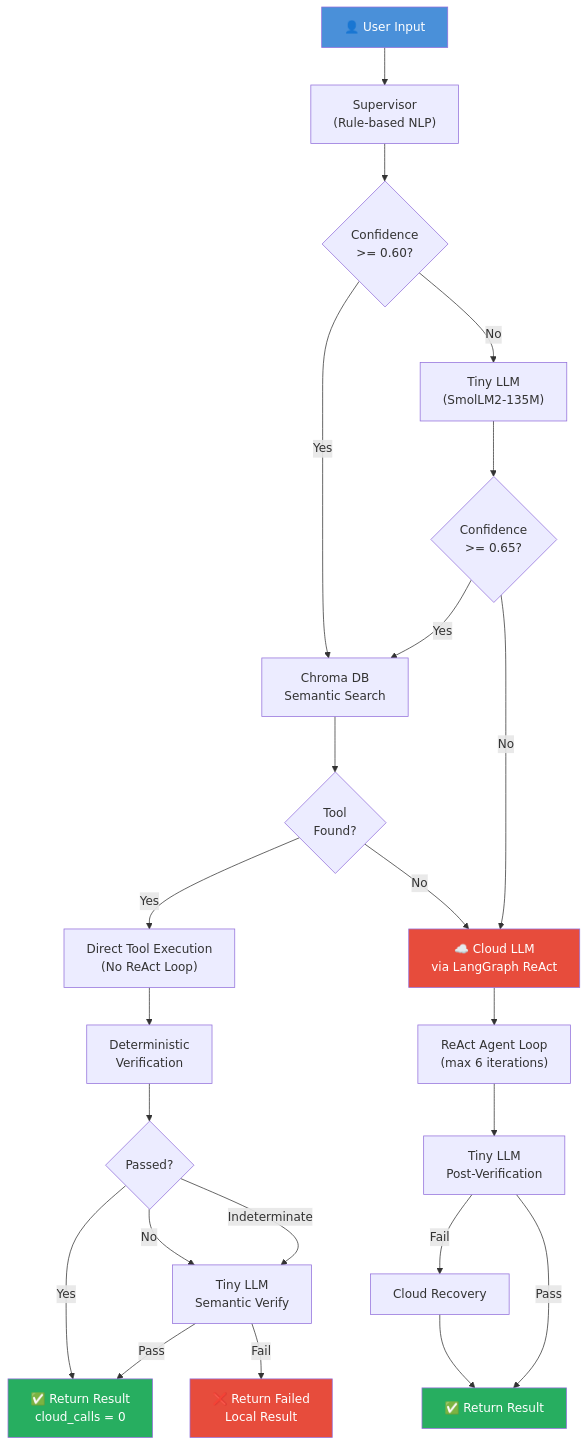
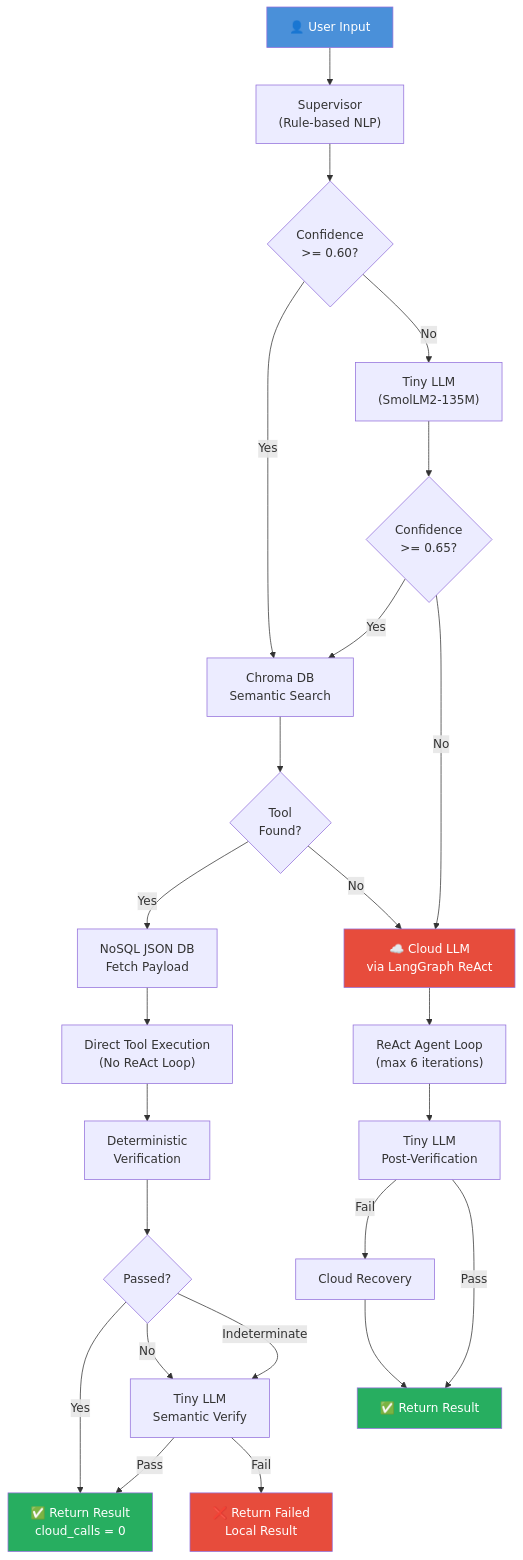
The diagram in Ecogent_Works_Doc/README.md (samratpro/Ecogent), drawn with Mermaid before and after one commit. The commit also changed 38 other files, not shown here.

````diff
--- a/Ecogent_Works_Doc/README.md
+++ b/Ecogent_Works_Doc/README.md
@@ -17,31 +17,32 @@
 ```mermaid
 flowchart TD
     A["👤 User Input"] --> B["Supervisor<br>(Rule-based NLP)"]
     B --> C{"Confidence<br>>= 0.60?"}
     C -->|Yes| D["Chroma DB<br>Semantic Search"]
     C -->|No| E["Tiny LLM<br>(SmolLM2-135M)"]
     E --> F{"Confidence<br>>= 0.65?"}
     F -->|Yes| D
     F -->|No| G["☁️ Cloud LLM<br>via LangGraph ReAct"]
     D --> H{"Tool<br>Found?"}
-    H -->|Yes| I["Direct Tool Execution<br>(No ReAct Loop)"]
+    H -->|Yes| D2["NoSQL JSON DB<br>Fetch Payload"]
+    D2 --> I["Direct Tool Execution<br>(No ReAct Loop)"]
     H -->|No| G
     I --> J["Deterministic<br>Verification"]
     J --> K{"Passed?"}
     K -->|Yes| L["✅ Return Result<br>cloud_calls = 0"]
     K -->|No| M["Tiny LLM<br>Semantic Verify"]
     K -->|Indeterminate| M
     M -->|Pass| L
     M -->|Fail| R["❌ Return Failed<br>Local Result"]
     G --> N["ReAct Agent Loop<br>(max 6 iterations)"]
     N --> O["Tiny LLM<br>Post-Verification"]
     O -->|Fail| P["Cloud Recovery"]
     O -->|Pass| Q["✅ Return Result"]
     P --> Q
 
     style A fill:#4a90d9,color:white
     style L fill:#27ae60,color:white
     style Q fill:#27ae60,color:white
     style R fill:#e74c3c,color:white
     style G fill:#e74c3c,color:white
 ```
````
